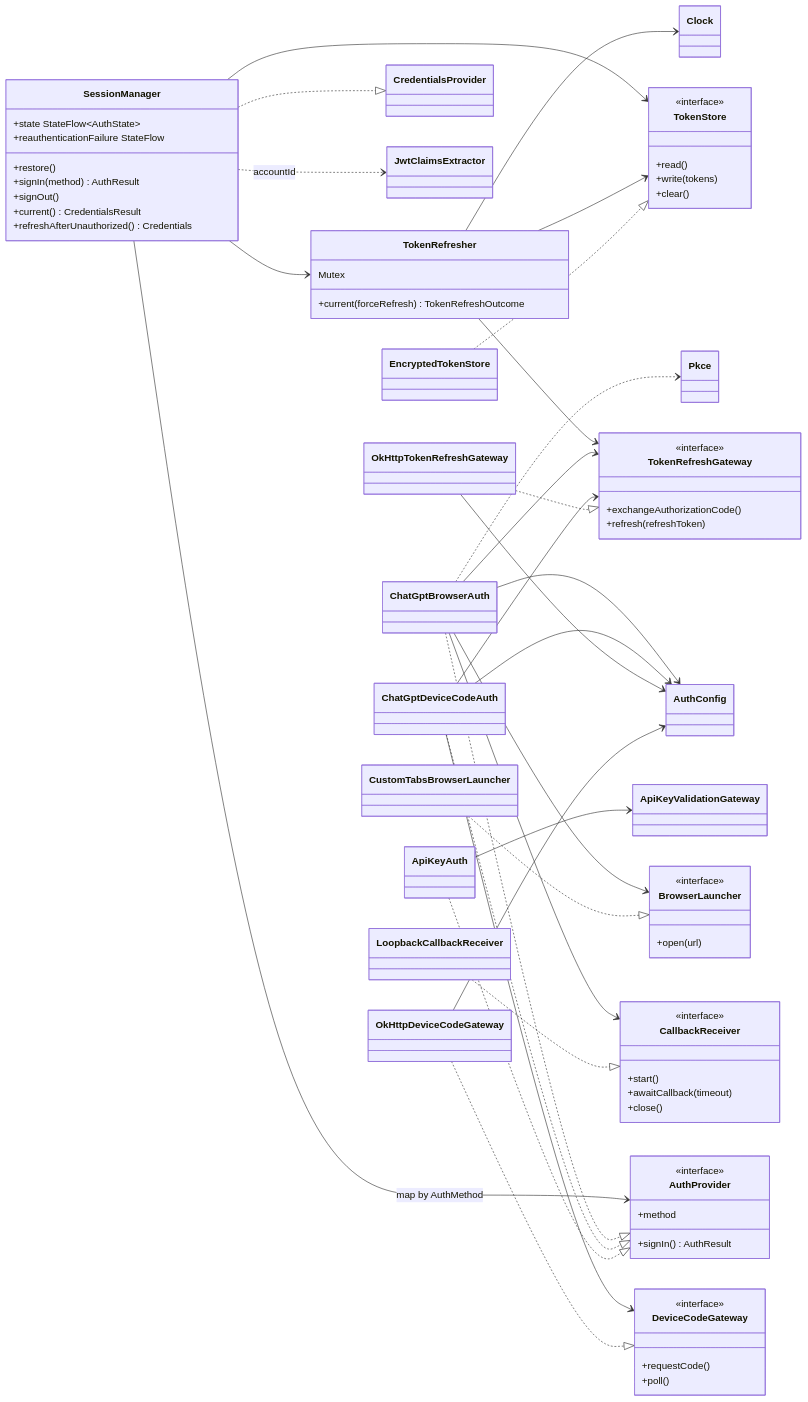
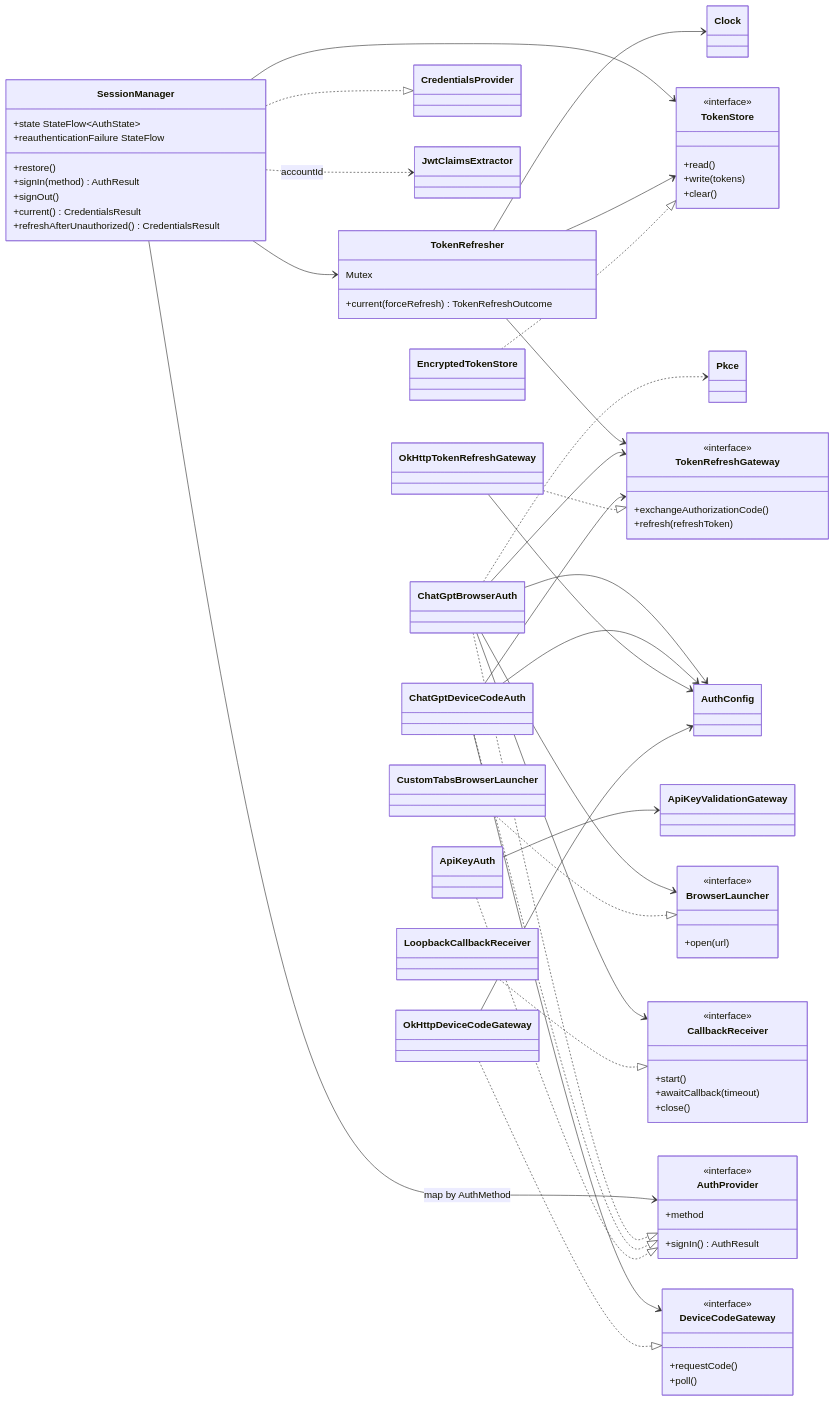
One commit to ValievM/phone-agent changed the diagram in docs/architecture/map-auth.md. Above: the diagram before and after it, drawn with Mermaid. The commit also changed 11 other files, not shown here.

First line of the commit message:
fix(auth): a temporary refresh failure after a 401 is not an expired session

````diff
--- a/docs/architecture/map-auth.md
+++ b/docs/architecture/map-auth.md
@@ -7,75 +7,75 @@
 ```mermaid
 classDiagram
 direction LR
 class SessionManager {
   +state StateFlow~AuthState~
   +reauthenticationFailure StateFlow
   +restore()
   +signIn(method) AuthResult
   +signOut()
   +current() CredentialsResult
-  +refreshAfterUnauthorized() Credentials
+  +refreshAfterUnauthorized() CredentialsResult
 }
 class TokenRefresher {
   +current(forceRefresh) TokenRefreshOutcome
   Mutex
 }
 class TokenStore {
   <<interface>>
   +read()
   +write(tokens)
   +clear()
 }
 class AuthProvider {
   <<interface>>
   +method
   +signIn() AuthResult
 }
 class TokenRefreshGateway {
   <<interface>>
   +exchangeAuthorizationCode()
   +refresh(refreshToken)
 }
 class DeviceCodeGateway {
   <<interface>>
   +requestCode()
   +poll()
 }
 class CallbackReceiver {
   <<interface>>
   +start()
   +awaitCallback(timeout)
   +close()
 }
 class BrowserLauncher {
   <<interface>>
   +open(url)
 }
 SessionManager ..|> CredentialsProvider
 SessionManager --> AuthProvider : map by AuthMethod
 SessionManager --> TokenStore
 SessionManager --> TokenRefresher
 SessionManager ..> JwtClaimsExtractor : accountId
 TokenRefresher --> TokenStore
 TokenRefresher --> TokenRefreshGateway
 TokenRefresher --> Clock
 EncryptedTokenStore ..|> TokenStore
 ChatGptBrowserAuth ..|> AuthProvider
 ChatGptDeviceCodeAuth ..|> AuthProvider
 ApiKeyAuth ..|> AuthProvider
 ChatGptBrowserAuth --> CallbackReceiver
 ChatGptBrowserAuth --> BrowserLauncher
 ChatGptBrowserAuth --> TokenRefreshGateway
 ChatGptBrowserAuth --> AuthConfig
 ChatGptBrowserAuth ..> Pkce
 ChatGptDeviceCodeAuth --> DeviceCodeGateway
 ChatGptDeviceCodeAuth --> TokenRefreshGateway
 ChatGptDeviceCodeAuth --> AuthConfig
 ApiKeyAuth --> ApiKeyValidationGateway
 OkHttpTokenRefreshGateway ..|> TokenRefreshGateway
 OkHttpTokenRefreshGateway --> AuthConfig
 OkHttpDeviceCodeGateway ..|> DeviceCodeGateway
 OkHttpDeviceCodeGateway --> AuthConfig
 LoopbackCallbackReceiver ..|> CallbackReceiver
 CustomTabsBrowserLauncher ..|> BrowserLauncher
 ```
````
